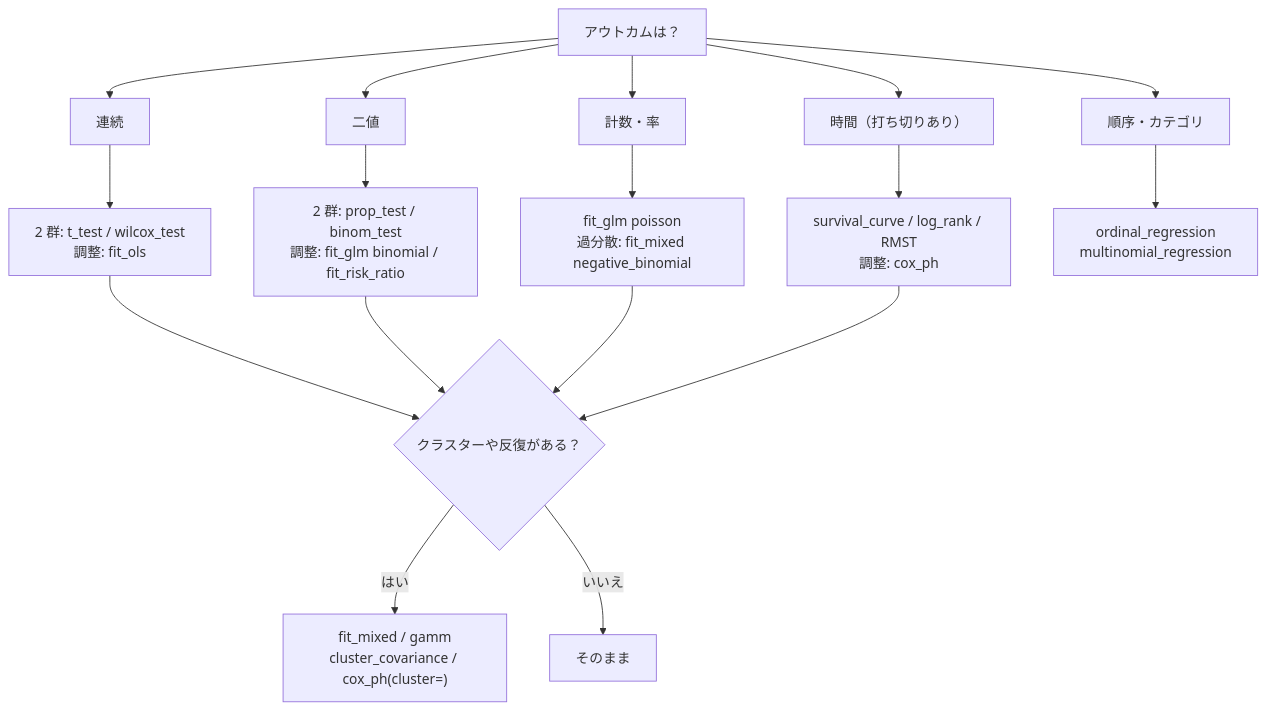
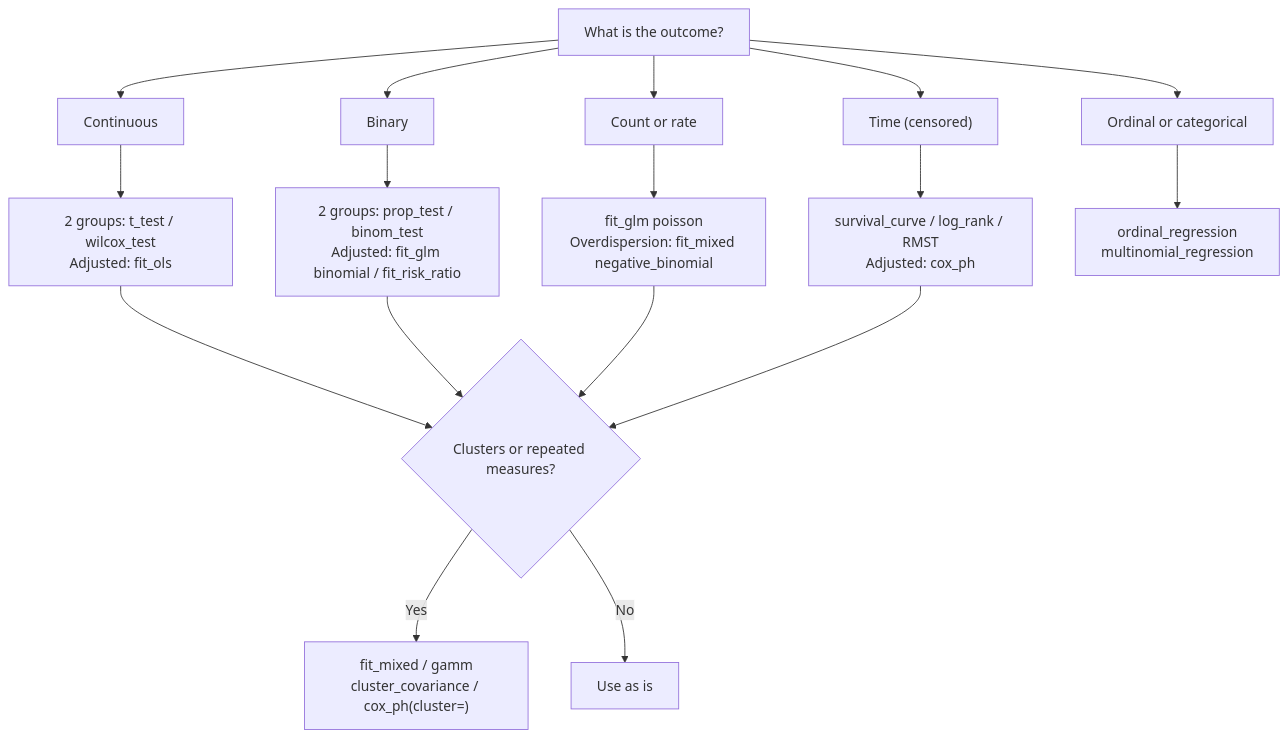
One commit to mizuy/statract changed the diagram in docs/guide/methods.md. Above: the diagram before and after it, drawn with Mermaid. The commit also changed other lines of this file and 51 other files, not shown here.

````diff
--- a/docs/guide/methods.md
+++ b/docs/guide/methods.md
@@ -13,19 +13,19 @@
 ```mermaid
 flowchart TD
-  Q["アウトカムは？"] --> C["連続"]
-  Q --> B["二値"]
-  Q --> N["計数・率"]
-  Q --> T["時間（打ち切りあり）"]
-  Q --> O["順序・カテゴリ"]
-  C --> C1["2 群: t_test / wilcox_test<br/>調整: fit_ols"]
-  B --> B1["2 群: prop_test / binom_test<br/>調整: fit_glm binomial / fit_risk_ratio"]
-  N --> N1["fit_glm poisson<br/>過分散: fit_mixed negative_binomial"]
-  T --> T1["survival_curve / log_rank / RMST<br/>調整: cox_ph"]
+  Q["What is the outcome?"] --> C["Continuous"]
+  Q --> B["Binary"]
+  Q --> N["Count or rate"]
+  Q --> T["Time (censored)"]
+  Q --> O["Ordinal or categorical"]
+  C --> C1["2 groups: t_test / wilcox_test<br/>Adjusted: fit_ols"]
+  B --> B1["2 groups: prop_test / binom_test<br/>Adjusted: fit_glm binomial / fit_risk_ratio"]
+  N --> N1["fit_glm poisson<br/>Overdispersion: fit_mixed negative_binomial"]
+  T --> T1["survival_curve / log_rank / RMST<br/>Adjusted: cox_ph"]
   O --> O1["ordinal_regression<br/>multinomial_regression"]
-  C1 --> R{"クラスターや反復がある？"}
+  C1 --> R{"Clusters or repeated measures?"}
   B1 --> R
   N1 --> R
   T1 --> R
-  R -- "はい" --> R1["fit_mixed / gamm<br/>cluster_covariance / cox_ph(cluster=)"]
-  R -- "いいえ" --> R2["そのまま"]
+  R -- "Yes" --> R1["fit_mixed / gamm<br/>cluster_covariance / cox_ph(cluster=)"]
+  R -- "No" --> R2["Use as is"]
 ```
````
